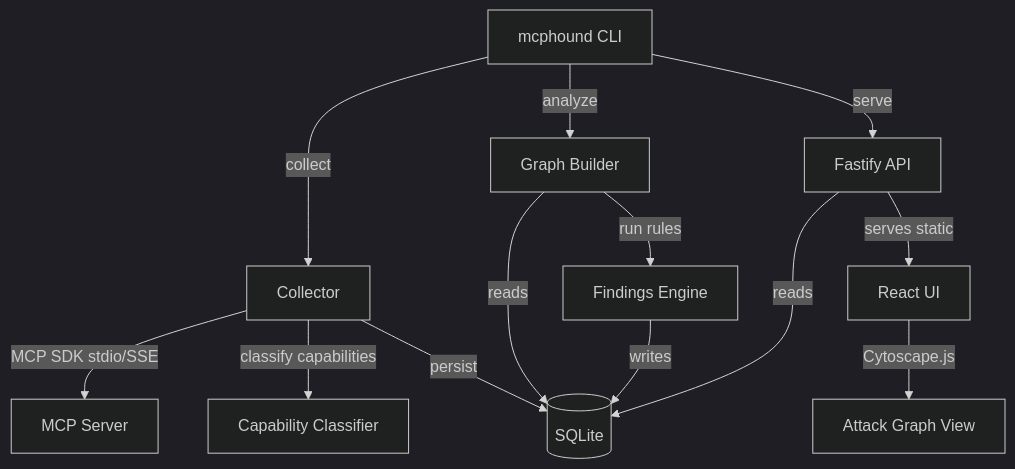
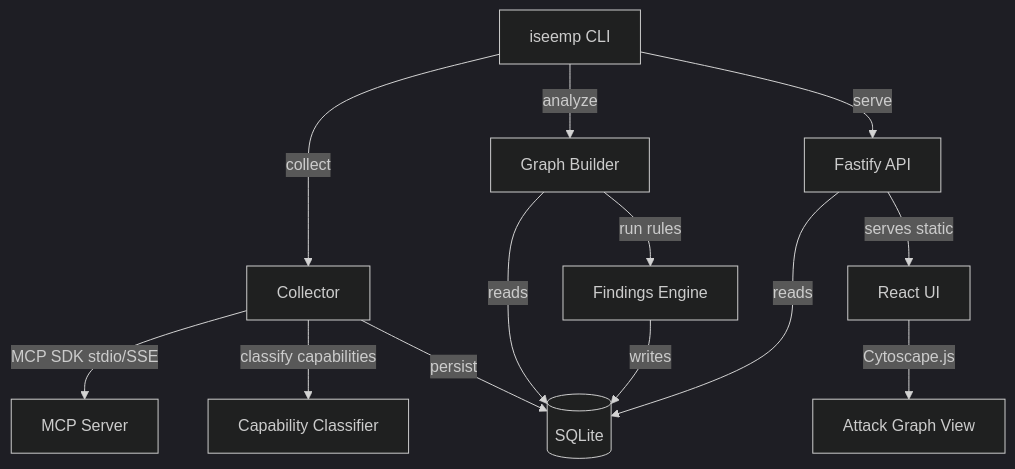
The diagram in README.md (goldjg/i-see-mp), drawn with Mermaid (dark theme) before and after one commit. The commit also changed other lines of this file and 43 other files, not shown here.

````diff
--- a/README.md
+++ b/README.md
@@ -44,15 +64,15 @@
 ```mermaid
 graph TD
-  CLI[mcphound CLI] -->|collect| Collector
+  CLI[iseemp CLI] -->|collect| Collector
   Collector -->|MCP SDK stdio/SSE| MCPServer[MCP Server]
   Collector -->|classify capabilities| Rules[Capability Classifier]
   Collector -->|persist| Storage[(SQLite)]
   CLI -->|analyze| Graph[Graph Builder]
   Graph -->|reads| Storage
   Graph -->|run rules| FindingsEngine[Findings Engine]
   FindingsEngine -->|writes| Storage
   CLI -->|serve| API[Fastify API]
   API -->|reads| Storage
   API -->|serves static| WebUI[React UI]
   WebUI -->|Cytoscape.js| AttackGraph[Attack Graph View]
 ```
````
